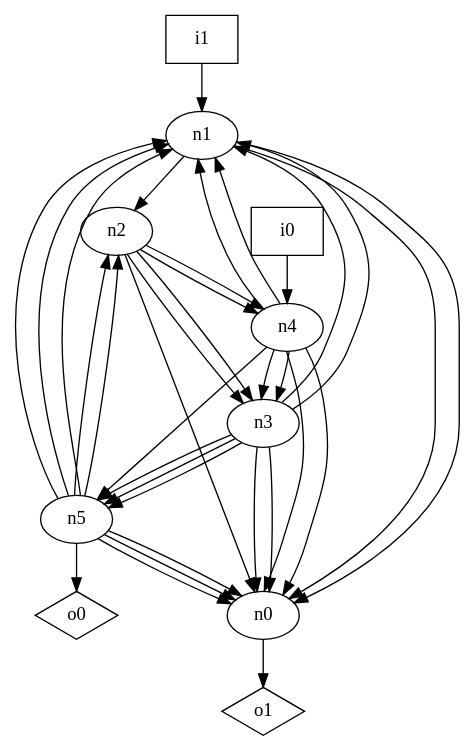
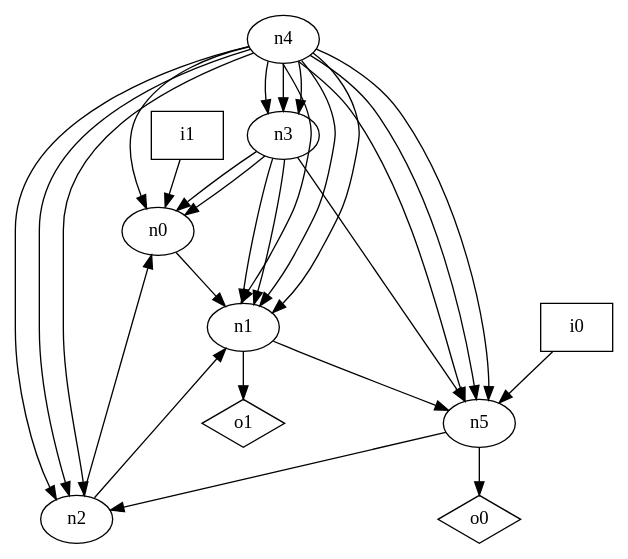
Before and after one commit to p9romain/bool-circuits: the diagram in dot_files/random_graph/oriented_graph.dot, drawn with Graphviz. The commit also changed 73 other files, not shown here.

```diff
--- a/dot_files/random_graph/oriented_graph.dot
+++ b/dot_files/random_graph/oriented_graph.dot
@@ -1,46 +1,39 @@
 digraph G {
 n0 [label="n0"];
 n1 [label="n1"];
 n2 [label="n2"];
 n3 [label="n3"];
 n4 [label="n4"];
 n5 [label="n5"];
 n6 [label="i0",shape="box"];
 n7 [label="i1",shape="box"];
 n8 [label="o0",shape="diamond"];
 n9 [label="o1",shape="diamond"];
-n0 -> n9
-n1 -> n0
-n1 -> n0
-n1 -> n2
+n0 -> n1
+n1 -> n5
+n1 -> n9
 n2 -> n0
-n2 -> n3
-n2 -> n3
-n2 -> n4
-n2 -> n4
+n2 -> n1
 n3 -> n0
 n3 -> n0
 n3 -> n1
 n3 -> n1
 n3 -> n5
-n3 -> n5
-n3 -> n5
-n4 -> n0
 n4 -> n0
 n4 -> n1
 n4 -> n1
+n4 -> n1
+n4 -> n2
+n4 -> n2
+n4 -> n2
+n4 -> n3
 n4 -> n3
 n4 -> n3
 n4 -> n5
-n5 -> n0
-n5 -> n0
-n5 -> n0
-n5 -> n1
-n5 -> n1
-n5 -> n1
-n5 -> n2
+n4 -> n5
+n4 -> n5
 n5 -> n2
 n5 -> n8
-n6 -> n4
-n7 -> n1
+n6 -> n5
+n7 -> n0
 }
```
